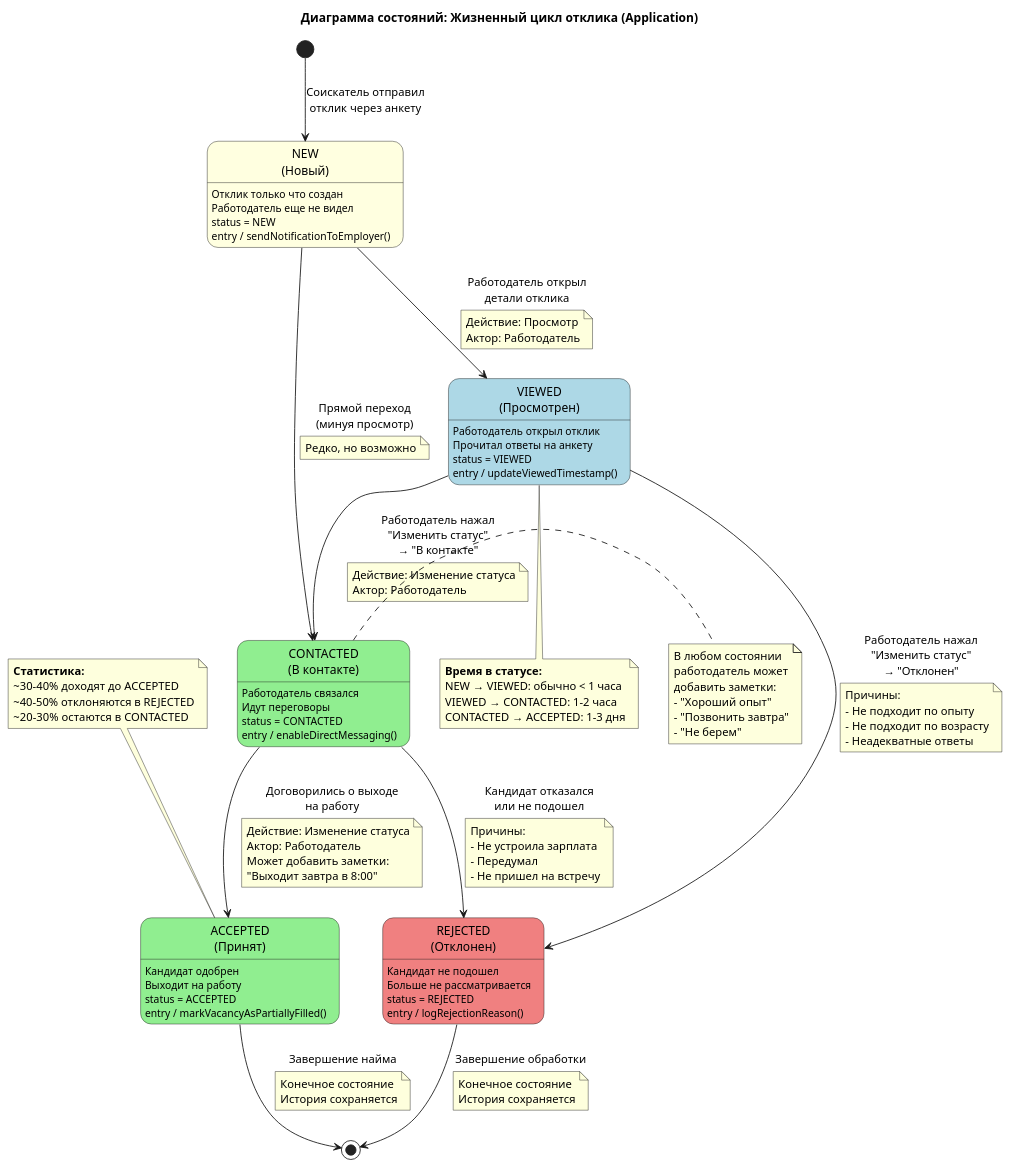
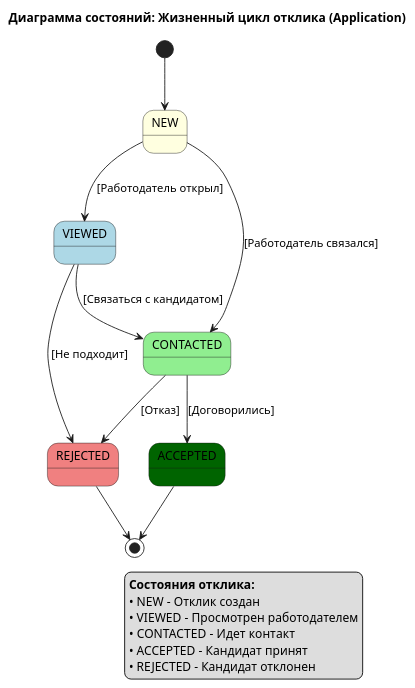
One commit to weuizx/Jobzi changed the diagram in 9_сем_НИР_Jobzi/Диаграммы/UML/10_State_Жизненный_цикл_отклика.puml. Above: the diagram before and after it, drawn with PlantUML. The commit also changed 9 other files, not shown here.

Commit message:
Обновлены диаграмы

```diff
--- a/9_сем_НИР_Jobzi/Диаграммы/UML/10_State_Жизненный_цикл_отклика.puml
+++ b/9_сем_НИР_Jobzi/Диаграммы/UML/10_State_Жизненный_цикл_отклика.puml
@@ -1,120 +1,33 @@
 @startuml StateDiagram
 title Диаграмма состояний: Жизненный цикл отклика (Application)
 
-[*] --> NEW : Соискатель отправил\nотклик через анкету
+[*] --> NEW
 
-state "NEW\n(Новый)" as NEW #LightYellow {
-  NEW : Отклик только что создан
-  NEW : Работодатель еще не видел
-  NEW : status = NEW
-}
+state "NEW" as NEW #LightYellow
+state "VIEWED" as VIEWED #LightBlue
+state "CONTACTED" as CONTACTED #LightGreen
+state "ACCEPTED" as ACCEPTED #DarkGreen
+state "REJECTED" as REJECTED #LightCoral
 
-state "VIEWED\n(Просмотрен)" as VIEWED #LightBlue {
-  VIEWED : Работодатель открыл отклик
-  VIEWED : Прочитал ответы на анкету
-  VIEWED : status = VIEWED
-}
+NEW --> VIEWED : [Работодатель открыл]
+NEW --> CONTACTED : [Работодатель связался]
 
-state "CONTACTED\n(В контакте)" as CONTACTED #LightGreen {
-  CONTACTED : Работодатель связался
-  CONTACTED : Идут переговоры
-  CONTACTED : status = CONTACTED
-}
+VIEWED --> CONTACTED : [Связаться с кандидатом]
+VIEWED --> REJECTED : [Не подходит]
 
-state "ACCEPTED\n(Принят)" as ACCEPTED #LightGreen {
-  ACCEPTED : Кандидат одобрен
-  ACCEPTED : Выходит на работу
-  ACCEPTED : status = ACCEPTED
-}
+CONTACTED --> ACCEPTED : [Договорились]
+CONTACTED --> REJECTED : [Отказ]
 
-state "REJECTED\n(Отклонен)" as REJECTED #LightCoral {
-  REJECTED : Кандидат не подошел
-  REJECTED : Больше не рассматривается
-  REJECTED : status = REJECTED
-}
+ACCEPTED --> [*]
+REJECTED --> [*]
 
-NEW --> VIEWED : Работодатель открыл\nдетали отклика
-note on link
-  Действие: Просмотр
-  Актор: Работодатель
-end note
-
-VIEWED --> CONTACTED : Работодатель нажал\n"Изменить статус"\n→ "В контакте"
-note on link
-  Действие: Изменение статуса
-  Актор: Работодатель
-end note
-
-VIEWED --> REJECTED : Работодатель нажал\n"Изменить статус"\n→ "Отклонен"
-note on link
-  Причины:
-  - Не подходит по опыту
-  - Не подходит по возрасту
-  - Неадекватные ответы
-end note
-
-NEW --> CONTACTED : Прямой переход\n(минуя просмотр)
-note on link
-  Редко, но возможно
-end note
-
-CONTACTED --> ACCEPTED : Договорились о выходе\nна работу
-note on link
-  Действие: Изменение статуса
-  Актор: Работодатель
-  Может добавить заметки:
-  "Выходит завтра в 8:00"
-end note
-
-CONTACTED --> REJECTED : Кандидат отказался\nили не подошел
-note on link
-  Причины:
-  - Не устроила зарплата
-  - Передумал
-  - Не пришел на встречу
-end note
-
-ACCEPTED --> [*] : Завершение найма
-note on link
-  Конечное состояние
-  История сохраняется
-end note
-
-REJECTED --> [*] : Завершение обработки
-note on link
-  Конечное состояние
-  История сохраняется
-end note
-
-' Дополнительные действия в состояниях
-NEW : entry / sendNotificationToEmployer()
-VIEWED : entry / updateViewedTimestamp()
-CONTACTED : entry / enableDirectMessaging()
-ACCEPTED : entry / markVacancyAsPartiallyFilled()
-REJECTED : entry / logRejectionReason()
-
-' Заметки о заметках (notes)
-note right of CONTACTED
-  В любом состоянии
-  работодатель может
-  добавить заметки:
-  - "Хороший опыт"
-  - "Позвонить завтра"
-  - "Не берем"
-end note
-
-note bottom of VIEWED
-  **Время в статусе:**
-  NEW → VIEWED: обычно < 1 часа
-  VIEWED → CONTACTED: 1-2 часа
-  CONTACTED → ACCEPTED: 1-3 дня
-end note
-
-note top of ACCEPTED
-  **Статистика:**
-  ~30-40% доходят до ACCEPTED
-  ~40-50% отклоняются в REJECTED
-  ~20-30% остаются в CONTACTED
-end note
+legend right
+  **Состояния отклика:**
+  • NEW - Отклик создан
+  • VIEWED - Просмотрен работодателем
+  • CONTACTED - Идет контакт
+  • ACCEPTED - Кандидат принят
+  • REJECTED - Кандидат отклонен
+end legend
 
 @enduml
```
